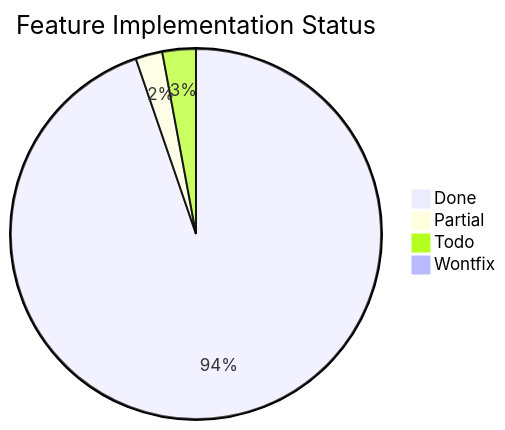
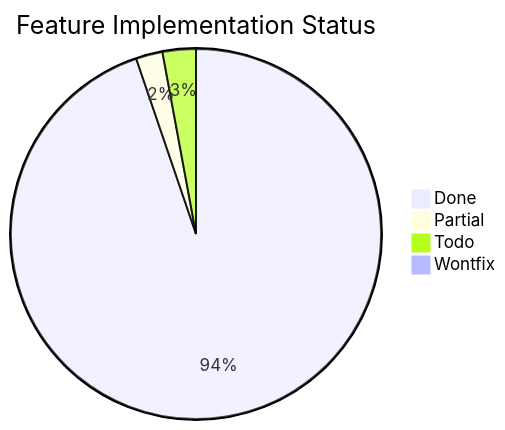
One commit to Papyrine/Morph changed the third of 3 diagrams in docs/word-features.md. Above: the diagram before and after it, drawn with Mermaid. The commit also changed other lines of this file and 32 other files, not shown here.

````diff
--- a/docs/word-features.md
+++ b/docs/word-features.md
@@ -3124,7 +3138,7 @@
 ```mermaid
 pie title Feature Implementation Status
-    "Done" : 162
+    "Done" : 163
     "Partial" : 4
     "Todo" : 5
     "Wontfix" : 1
 ```
````
